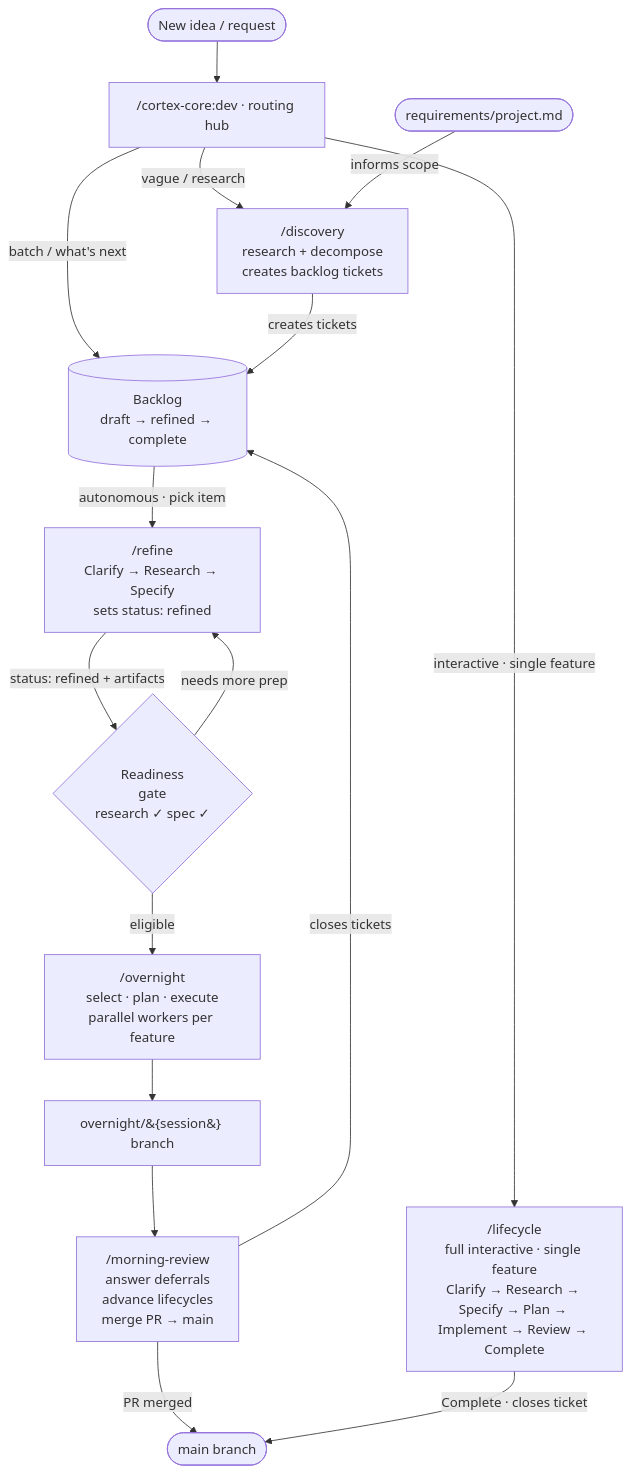
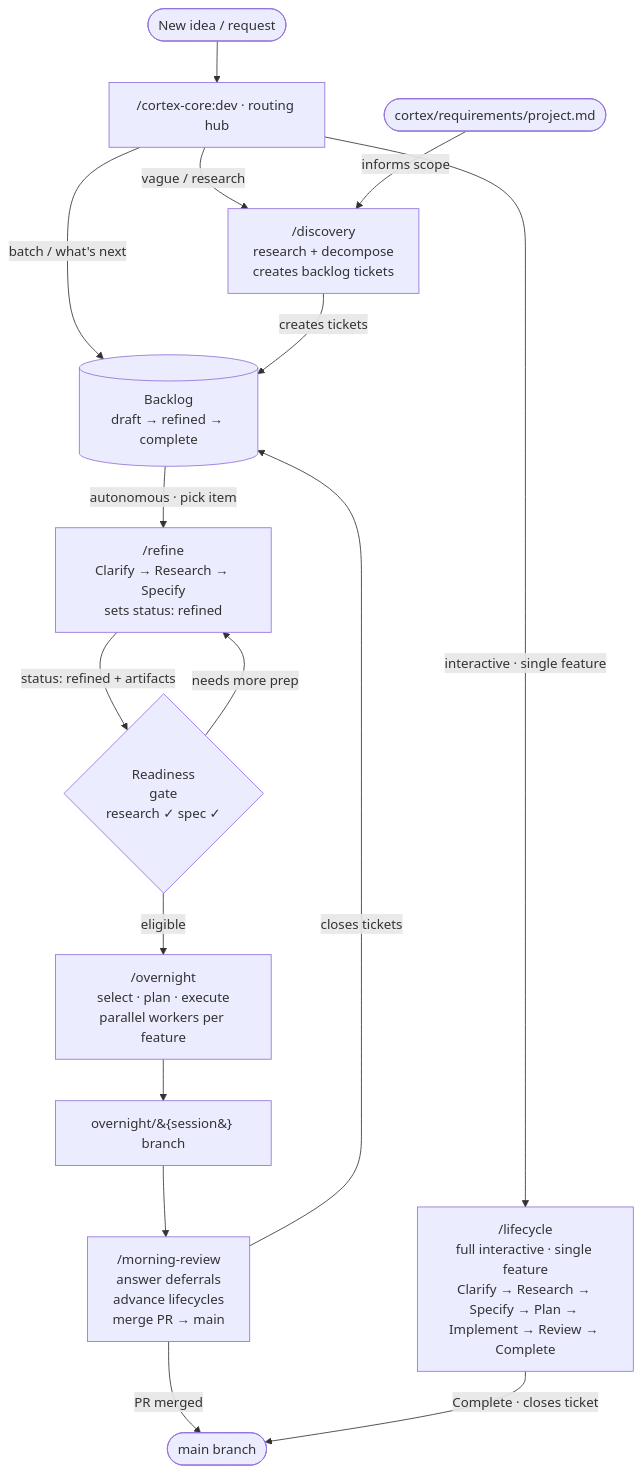
One commit to charleshall888/cortex-command changed the diagram in docs/agentic-layer.md. Above: the diagram before and after it, drawn with Mermaid. The commit also changed other lines of this file and 1908 other files, not shown here.

````diff
--- a/docs/agentic-layer.md
+++ b/docs/agentic-layer.md
@@ -27,41 +27,41 @@
 ```mermaid
 graph TD
     START([New idea / request])
     DEV["/cortex-core:dev · routing hub"]
 
     LC["/lifecycle\nfull interactive · single feature\nClarify → Research → Specify → Plan → Implement → Review → Complete"]
     DISC["/discovery\nresearch + decompose\ncreates backlog tickets"]
     BACKLOG[("Backlog<br/>draft → refined → complete")]
-    REQ([requirements/project.md])
+    REQ([cortex/requirements/project.md])
 
     REFINE["/refine\nClarify → Research → Specify\nsets status: refined"]
     GATE{"Readiness\ngate\nresearch ✓  spec ✓"}
 
     OVN["/overnight\nselect · plan · execute\nparallel workers per feature"]
     INTBR["overnight/&#123;session&#125; branch"]
 
     MR["/morning-review\nanswer deferrals\nadvance lifecycles\nmerge PR → main"]
 
     MAIN([main branch])
 
     START --> DEV
     DEV -->|"interactive · single feature"| LC
     DEV -->|"vague / research"| DISC
     DEV -->|"batch / what's next"| BACKLOG
 
     DISC -->|"creates tickets"| BACKLOG
 
     REQ -->|"informs scope"| DISC
 
     BACKLOG -->|"autonomous · pick item"| REFINE
     REFINE -->|"status: refined + artifacts"| GATE
     GATE -->|"eligible"| OVN
     GATE -->|"needs more prep"| REFINE
 
     OVN --> INTBR
     INTBR --> MR
     MR -->|"PR merged"| MAIN
     MR -->|"closes tickets"| BACKLOG
 
     LC -->|"Complete · closes ticket"| MAIN
 ```
````
